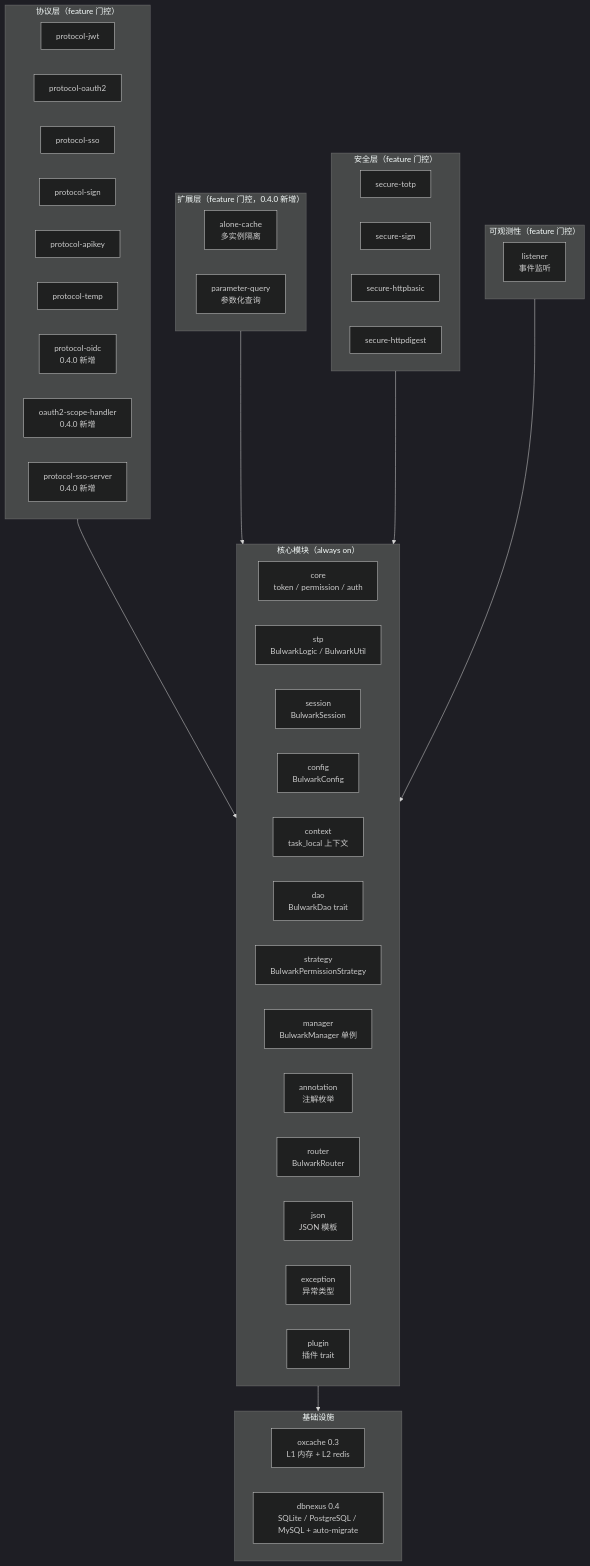
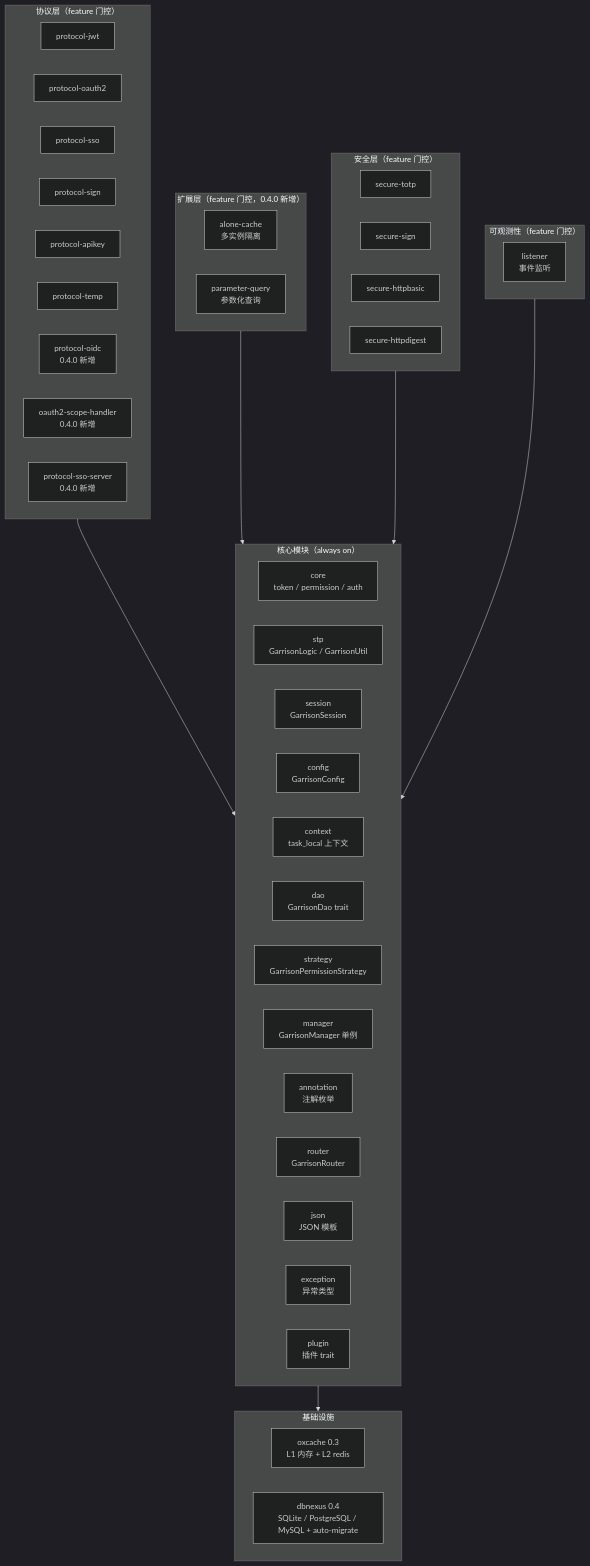
Before and after one commit to Kirky-X/garrison: the first of 3 diagrams in docs/ARCHITECTURE.md, drawn with Mermaid (dark theme). The commit also changed other lines of this file and 538 other files, not shown here.

First line of the commit message:
refactor: rename crate bulwark → garrison

````diff
--- a/docs/ARCHITECTURE.md
+++ b/docs/ARCHITECTURE.md
@@ -48,57 +48,57 @@
 ```mermaid
 graph TB
     subgraph CoreLayer["核心模块（always on）"]
         core[core<br/>token / permission / auth]
-        stp[stp<br/>BulwarkLogic / BulwarkUtil]
-        session[session<br/>BulwarkSession]
-        config[config<br/>BulwarkConfig]
+        stp[stp<br/>GarrisonLogic / GarrisonUtil]
+        session[session<br/>GarrisonSession]
+        config[config<br/>GarrisonConfig]
         context[context<br/>task_local 上下文]
-        dao[dao<br/>BulwarkDao trait]
-        strategy[strategy<br/>BulwarkPermissionStrategy]
-        manager[manager<br/>BulwarkManager 单例]
+        dao[dao<br/>GarrisonDao trait]
+        strategy[strategy<br/>GarrisonPermissionStrategy]
+        manager[manager<br/>GarrisonManager 单例]
         annotation[annotation<br/>注解枚举]
-        router[router<br/>BulwarkRouter]
+        router[router<br/>GarrisonRouter]
         json[json<br/>JSON 模板]
         exception[exception<br/>异常类型]
         plugin[plugin<br/>插件 trait]
     end
 
     subgraph ProtocolLayer["协议层（feature 门控）"]
         protocol-jwt[protocol-jwt]
         oauth2[protocol-oauth2]
         sso[protocol-sso]
         sign[protocol-sign]
         apikey[protocol-apikey]
         temp[protocol-temp]
         oidc[protocol-oidc<br/>0.4.0 新增]
         scope-handler[oauth2-scope-handler<br/>0.4.0 新增]
         sso-server[protocol-sso-server<br/>0.4.0 新增]
     end
 
     subgraph ExtensionLayer["扩展层（feature 门控，0.4.0 新增）"]
         alone-cache[alone-cache<br/>多实例隔离]
         parameter-query[parameter-query<br/>参数化查询]
     end
 
     subgraph SecureLayer["安全层（feature 门控）"]
         secure-totp[secure-totp]
         secure-sign[secure-sign]
         httpbasic[secure-httpbasic]
         httpdigest[secure-httpdigest]
     end
 
     subgraph InfraLayer["基础设施"]
         oxcache[oxcache 0.3<br/>L1 内存 + L2 redis]
         dbnexus[dbnexus 0.4<br/>SQLite / PostgreSQL / MySQL + auto-migrate]
     end
 
     subgraph Observable["可观测性（feature 门控）"]
         listener[listener<br/>事件监听]
     end
 
     CoreLayer --> InfraLayer
     ProtocolLayer --> CoreLayer
     ExtensionLayer --> CoreLayer
     SecureLayer --> CoreLayer
     Observable --> CoreLayer
 ```
````
